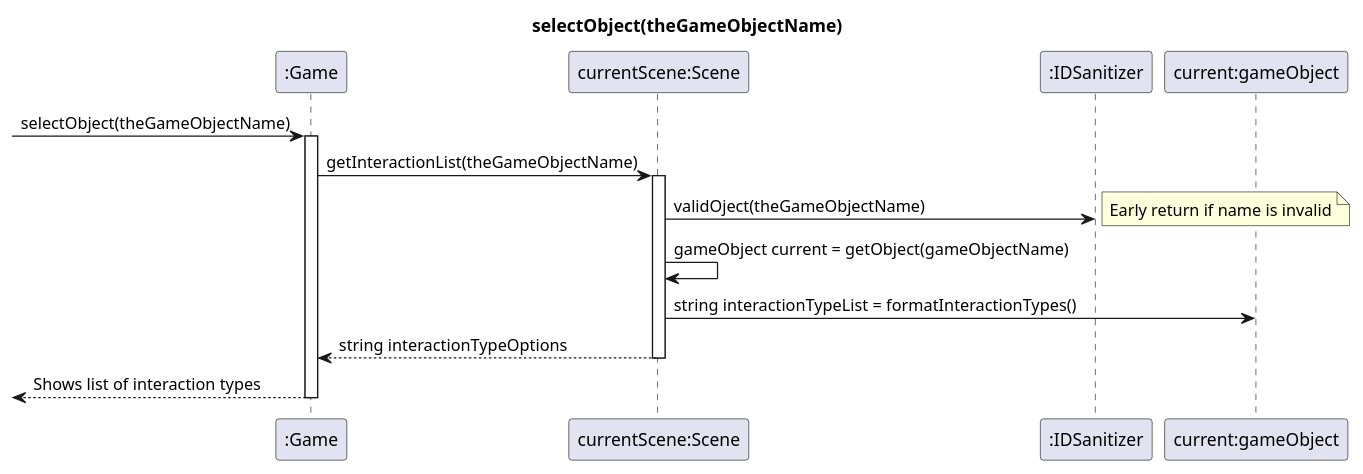
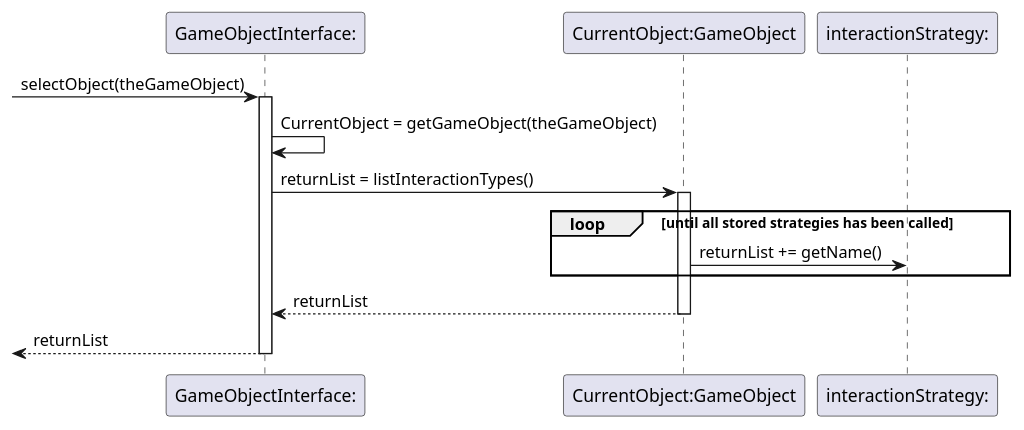
Before and after one commit to NoahHakansson/SE-PA1460: the diagram in selectObject.pu, drawn with PlantUML. The commit also changed 2 other files, not shown here.

Commit message:
updated interaction diagrams

```diff
--- a/selectObject.pu
+++ b/selectObject.pu
@@ -1,14 +1,12 @@
-@startuml
-title selectObject(theGameObjectName)
-[-> ":Game" ++: selectObject(theGameObjectName)
-":Game" -> "currentScene:Scene" ++ : getInteractionList(theGameObjectName)
+@startuml object
 
-"currentScene:Scene" -> ":IDSanitizer" : validOject(theGameObjectName)
-note right: Early return if name is invalid
-"currentScene:Scene" -> "currentScene:Scene": gameObject current = getObject(gameObjectName)
-"currentScene:Scene" -> "current:gameObject": string interactionTypeList = formatInteractionTypes()
-return string interactionTypeOptions
-return Shows list of interaction types
- 
+[-> "GameObjectInterface:" ++: selectObject(theGameObject)
+"GameObjectInterface:" -> "GameObjectInterface:": CurrentObject = getGameObject(theGameObject)
+"GameObjectInterface:" -> "CurrentObject:GameObject" ++: returnList = listInteractionTypes()
+    loop until all stored strategies has been called
+    "CurrentObject:GameObject" -> "interactionStrategy:": returnList += getName()
+    end
+    return returnList
+    return returnList
 
 @enduml
```
